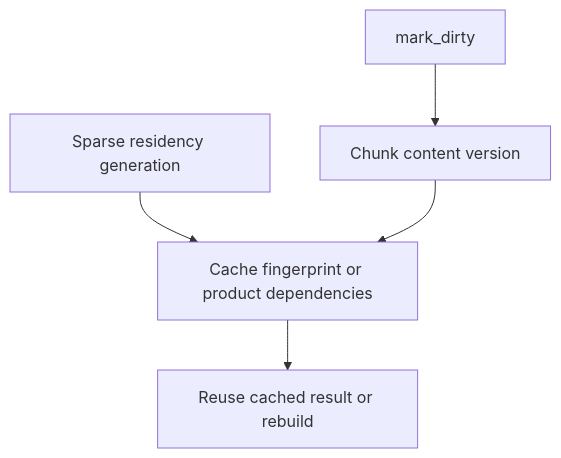
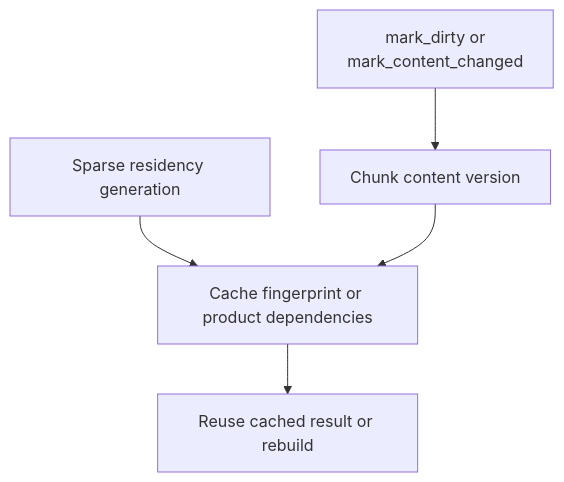
Before and after one commit to kindjie/tess: the fifth of 5 diagrams in docs/architecture/README.md, drawn with Mermaid. The commit also changed 13 other files, not shown here.

Commit message:
Add content-only world version notification (#193)

````diff
--- a/docs/architecture/README.md
+++ b/docs/architecture/README.md
@@ -102,10 +102,11 @@
 ```mermaid
 flowchart TB
   accTitle: Path cache validity inputs
   accDescr: Content versions and sparse residency generations invalidate cached routes and products before stale results can be returned.
 
-  Dirty["mark_dirty"] --> Version["Chunk content version"]
+  ContentChange["mark_dirty or<br/>mark_content_changed"]
+  ContentChange --> Version["Chunk content version"]
   Residency["Sparse residency generation"] --> Fingerprint
   Version --> Fingerprint["Cache fingerprint or product dependencies"]
   Fingerprint --> Decision["Reuse cached result or rebuild"]
 ```
````
